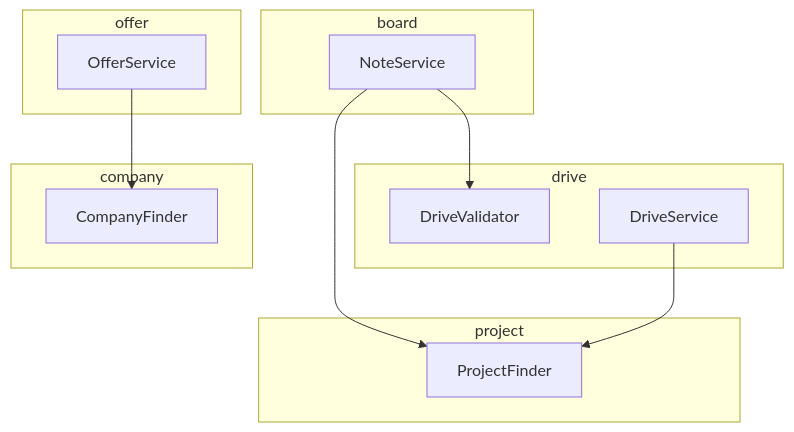
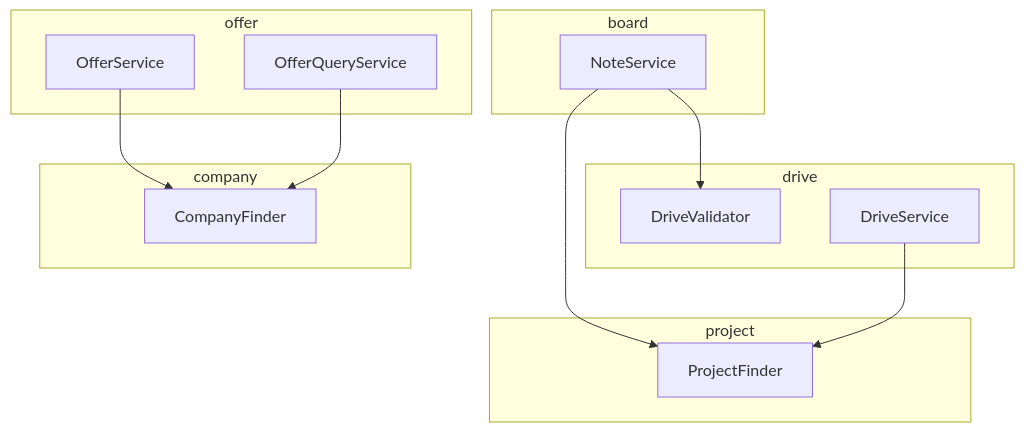
Before and after one commit to mortonCareer/bconnect: the second of 3 diagrams in apps/api/docs/project-structure.md, drawn with Mermaid. The commit also changed 2 other files, not shown here.

Commit message:
docs(api): 메시지 규격 · 섭외 조회 문서 최신화

````diff
--- a/apps/api/docs/project-structure.md
+++ b/apps/api/docs/project-structure.md
@@ -71,23 +71,25 @@
 ```mermaid
 graph TD
   subgraph board
     NoteS[NoteService]
   end
   subgraph drive
     DriveV[DriveValidator]
     DriveS[DriveService]
   end
   subgraph project
     ProjectF[ProjectFinder]
   end
   subgraph offer
     OfferS[OfferService]
+    OfferQS[OfferQueryService]
   end
   subgraph company
     CompanyF[CompanyFinder]
   end
   NoteS --> DriveV
   NoteS --> ProjectF
   DriveS --> ProjectF
   OfferS --> CompanyF
+  OfferQS --> CompanyF
 ```
````
